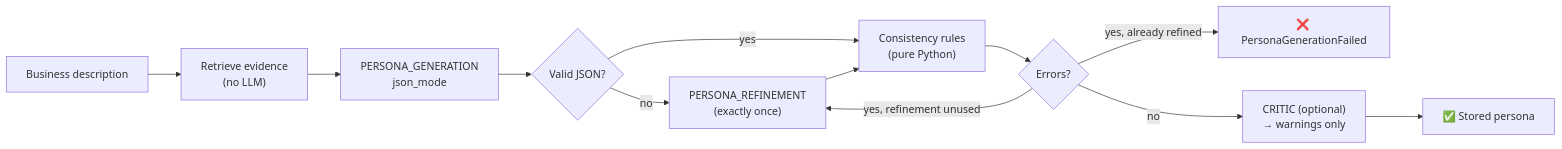
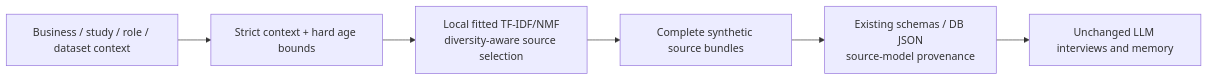
The second of 2 diagrams in docs/AI_IMPLEMENTATION_PLAN.md (Tayebbb/BebshaX), drawn with Mermaid before and after one commit. The commit also changed other lines of this file and 34 other files, not shown here.

````diff
--- a/docs/AI_IMPLEMENTATION_PLAN.md
+++ b/docs/AI_IMPLEMENTATION_PLAN.md
@@ -155,14 +162,8 @@
 ```mermaid
 flowchart LR
-    A["Business description"] --> B["Retrieve evidence<br/>(no LLM)"]
-    B --> C["PERSONA_GENERATION<br/>json_mode"]
-    C --> D{"Valid JSON?"}
-    D -- no --> E["PERSONA_REFINEMENT<br/>(exactly once)"]
-    D -- yes --> F["Consistency rules<br/>(pure Python)"]
-    E --> F
-    F --> G{"Errors?"}
-    G -- "yes, refinement unused" --> E
-    G -- "yes, already refined" --> H["❌ PersonaGenerationFailed"]
-    G -- no --> I["CRITIC (optional)<br/>→ warnings only"]
-    I --> J["✅ Stored persona"]
+    A["Business / study / role / dataset context"] --> B["Strict context + hard age bounds"]
+    B --> C["Local fitted TF-IDF/NMF<br/>diversity-aware source selection"]
+    C --> D["Complete synthetic source bundles"]
+    D --> E["Existing schemas / DB JSON<br/>source-model provenance"]
+    E --> F["Unchanged LLM interviews and memory"]
 ```
````
